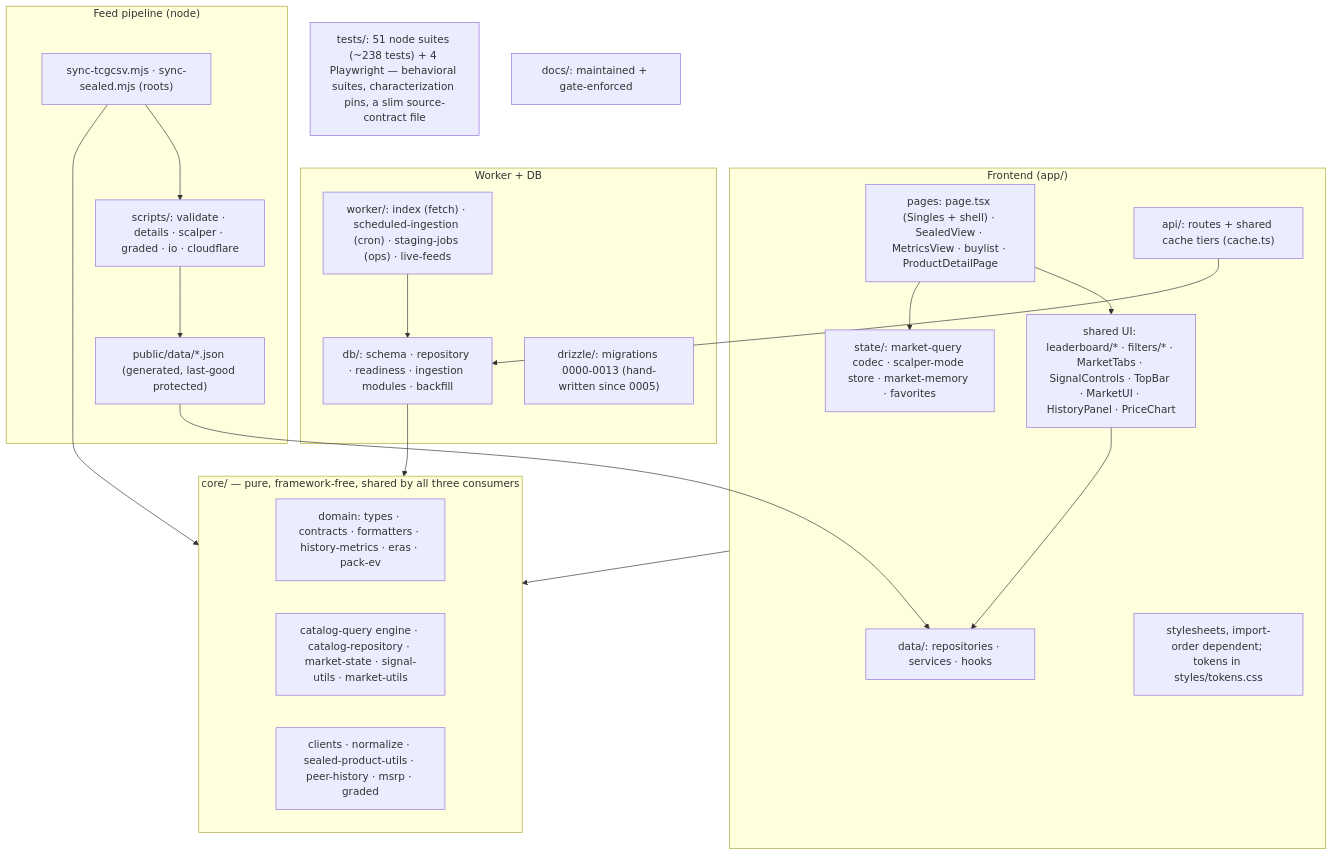
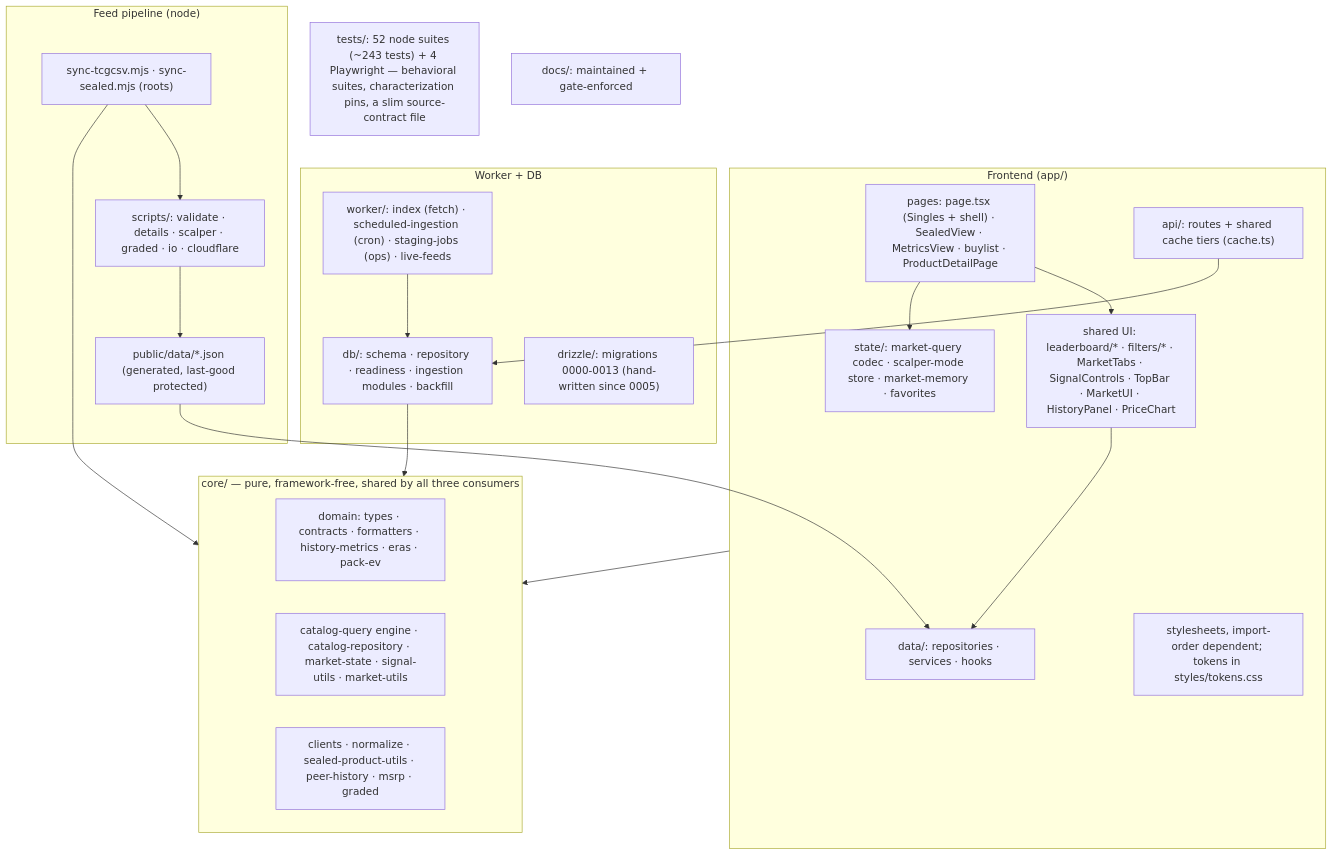
The first of 3 diagrams in docs/helicopter-view.md (cjord/rawsignal), drawn with Mermaid before and after one commit. The commit also changed other lines of this file and 10 other files, not shown here.

````diff
--- a/docs/helicopter-view.md
+++ b/docs/helicopter-view.md
@@ -19,38 +19,38 @@
 ```mermaid
 flowchart TB
   subgraph frontend["Frontend (app/)"]
     pages["pages: page.tsx (Singles + shell) · SealedView · MetricsView · buylist · ProductDetailPage"]
     prims["shared UI: leaderboard/* · filters/* · MarketTabs · SignalControls · TopBar · MarketUI · HistoryPanel · PriceChart"]
     state["state/: market-query codec · scalper-mode store · market-memory · favorites"]
     dataL["data/: repositories · services · hooks"]
     api["api/: routes + shared cache tiers (cache.ts)"]
     css["stylesheets, import-order dependent; tokens in styles/tokens.css"]
   end
   subgraph core["core/ — pure, framework-free, shared by all three consumers"]
     domain["domain: types · contracts · formatters · history-metrics · eras · pack-ev"]
     engine["catalog-query engine · catalog-repository · market-state · signal-utils · market-utils"]
     pipe["clients · normalize · sealed-product-utils · peer-history · msrp · graded"]
   end
   subgraph backend["Worker + DB"]
     worker["worker/: index (fetch) · scheduled-ingestion (cron) · staging-jobs (ops) · live-feeds"]
     db["db/: schema · repository · readiness · ingestion modules · backfill"]
     drizzle["drizzle/: migrations 0000-0013 (hand-written since 0005)"]
   end
   subgraph pipeline["Feed pipeline (node)"]
     sync["sync-tcgcsv.mjs · sync-sealed.mjs (roots)"]
     scripts["scripts/: validate · details · scalper · graded · io · cloudflare"]
     feeds["public/data/*.json (generated, last-good protected)"]
   end
-  tests["tests/: 51 node suites (~238 tests) + 4 Playwright — behavioral suites, characterization pins, a slim source-contract file"]
+  tests["tests/: 52 node suites (~243 tests) + 4 Playwright — behavioral suites, characterization pins, a slim source-contract file"]
   docs["docs/: maintained + gate-enforced"]
 
   pages --> prims --> dataL
   pages --> state
   frontend --> core
   api --> db
   worker --> db
   db --> core
   sync --> scripts --> feeds
   sync --> core
   feeds --> dataL
 ```
````
